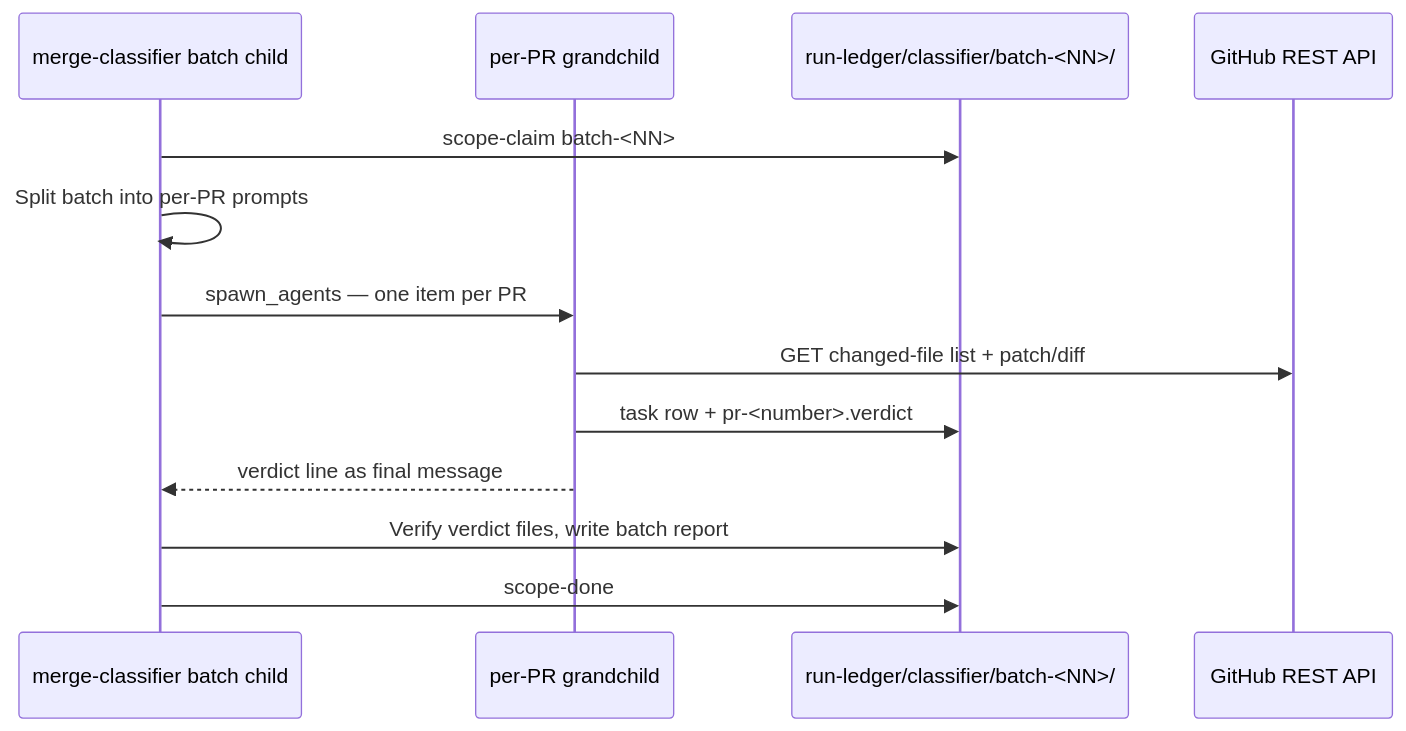
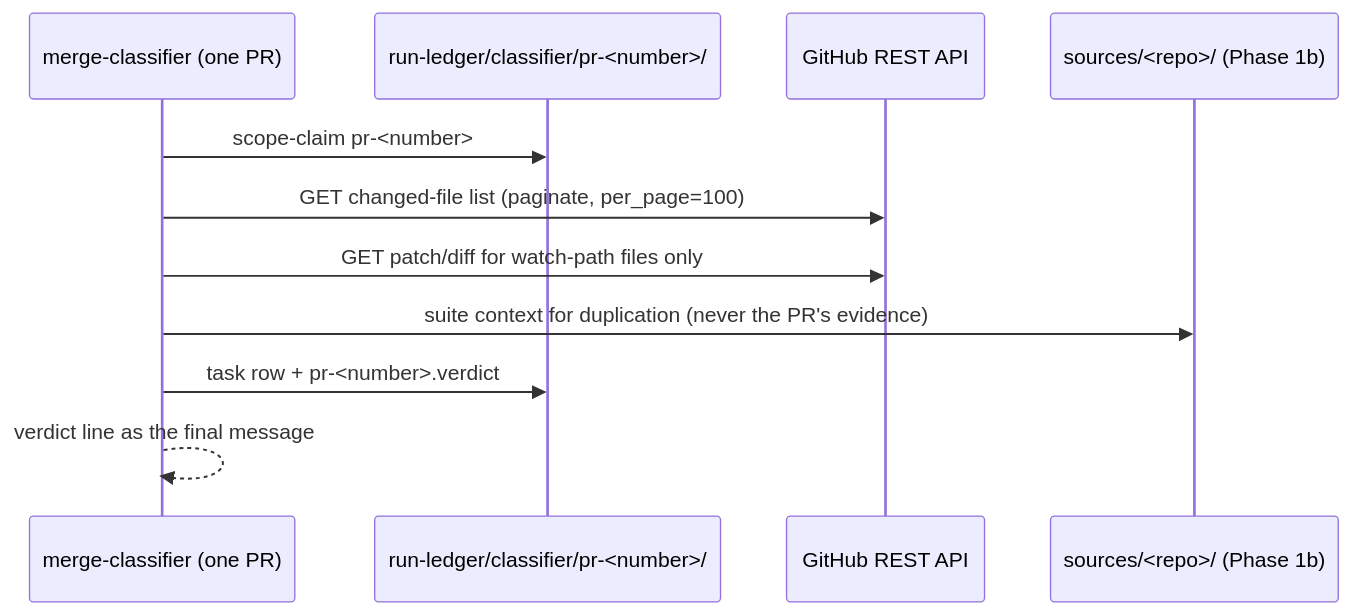
The fifth of 12 diagrams in docs/workflow-diagrams.md (ahmedhosnypro/craft-libs-adoption), drawn with Mermaid before and after one commit. The commit also changed other lines of this file and 3 other files, not shown here.

First line of the commit message:
docs(scan): the diagrams and AGENTS.md describe the per-PR architecture

````diff
--- a/docs/workflow-diagrams.md
+++ b/docs/workflow-diagrams.md
@@ -135,15 +138,13 @@
 ```mermaid
 sequenceDiagram
-    participant Coord as merge-classifier batch child
-    participant Kid as per-PR grandchild
-    participant Ledger as run-ledger/classifier/batch-<NN>/
+    participant Kid as merge-classifier (one PR)
+    participant Ledger as run-ledger/classifier/pr-<number>/
     participant API as GitHub REST API
-    Coord->>Ledger: scope-claim batch-<NN>
-    Coord->>Coord: Split batch into per-PR prompts
-    Coord->>Kid: spawn_agents — one item per PR
-    Kid->>API: GET changed-file list + patch/diff
+    participant Clone as sources/<repo>/ (Phase 1b)
+    Kid->>Ledger: scope-claim pr-<number>
+    Kid->>API: GET changed-file list (paginate, per_page=100)
+    Kid->>API: GET patch/diff for watch-path files only
+    Kid->>Clone: suite context for duplication (never the PR's evidence)
     Kid->>Ledger: task row + pr-<number>.verdict
-    Kid-->>Coord: verdict line as final message
-    Coord->>Ledger: Verify verdict files, write batch report
-    Coord->>Ledger: scope-done
+    Kid-->>Kid: verdict line as the final message
 ```
````
